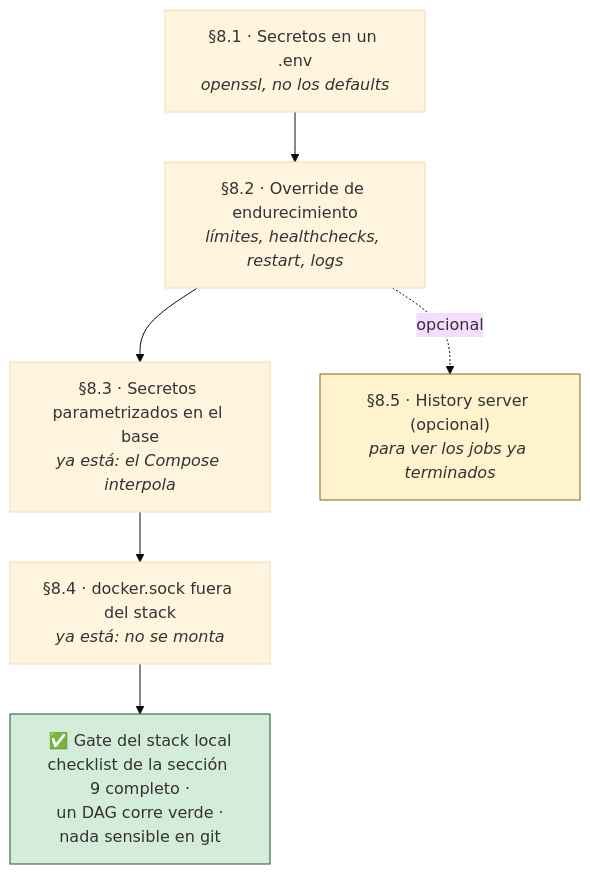
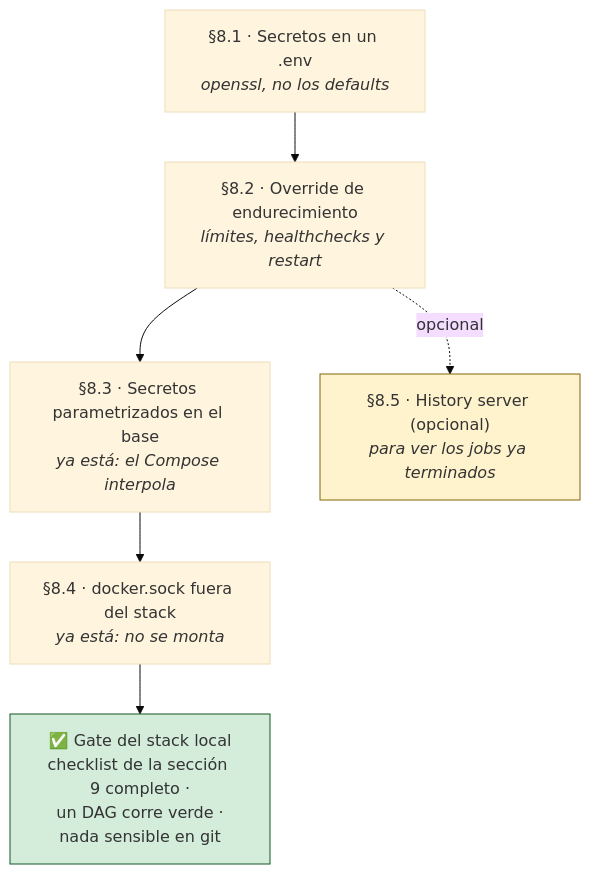
Before and after one commit to abantodca/pyspark_stack: the diagram in docs/01-stack-local.md, drawn with Mermaid (base theme). The commit also changed other lines of this file and 33 other files, not shown here.

````diff
--- a/docs/01-stack-local.md
+++ b/docs/01-stack-local.md
@@ -436,15 +437,15 @@
 ```mermaid
 flowchart TD
     E1["§8.1 · Secretos en un .env<br/><i>openssl, no los defaults</i>"]
-    E2["§8.2 · Override de endurecimiento<br/><i>límites, healthchecks, restart, logs</i>"]
+    E2["§8.2 · Override de endurecimiento<br/><i>límites, healthchecks y restart</i>"]
     E3["§8.3 · Secretos parametrizados en el base<br/><i>ya está: el Compose interpola</i>"]
     E4["§8.4 · docker.sock fuera del stack<br/><i>ya está: no se monta</i>"]
     E5["§8.5 · History server (opcional)<br/><i>para ver los jobs ya terminados</i>"]
     GATE["✅ Gate del stack local<br/>checklist de la sección 9 completo ·<br/>un DAG corre verde ·<br/>nada sensible en git"]
 
     E1 --> E2 --> E3 --> E4 --> GATE
     E2 -.opcional.-> E5
 
     style GATE fill:#d4edda,stroke:#155724
     style E5 fill:#fff3cd,stroke:#856404
 ```
````
